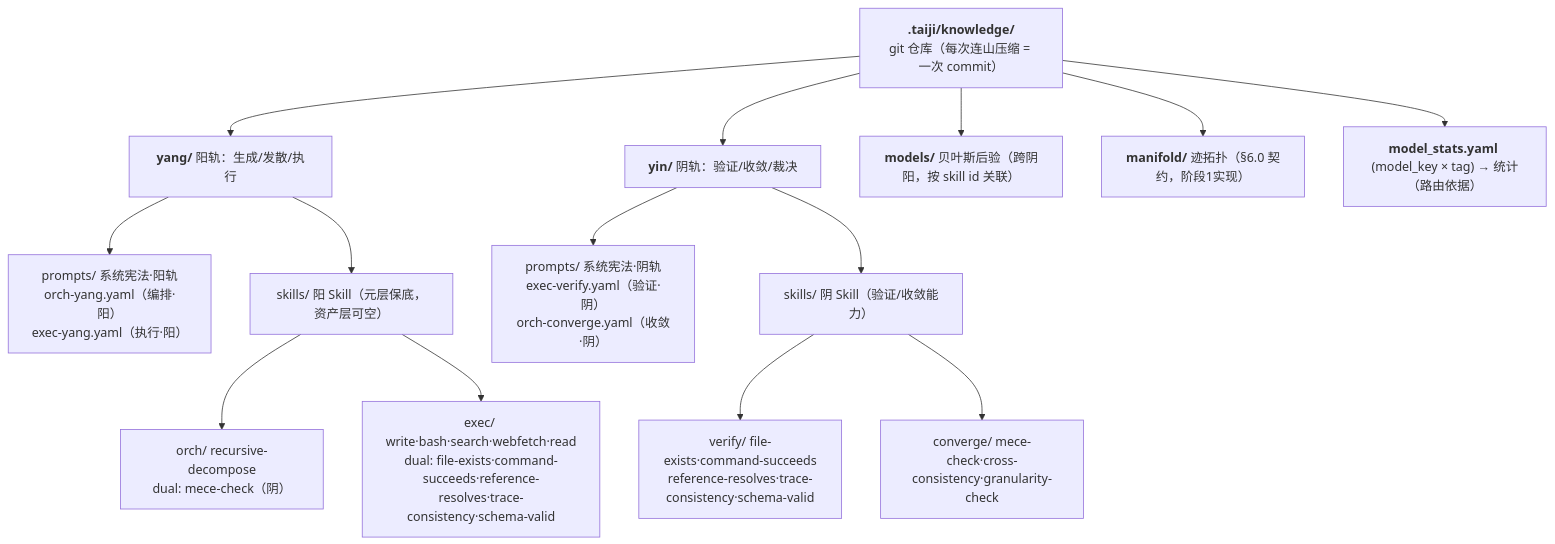
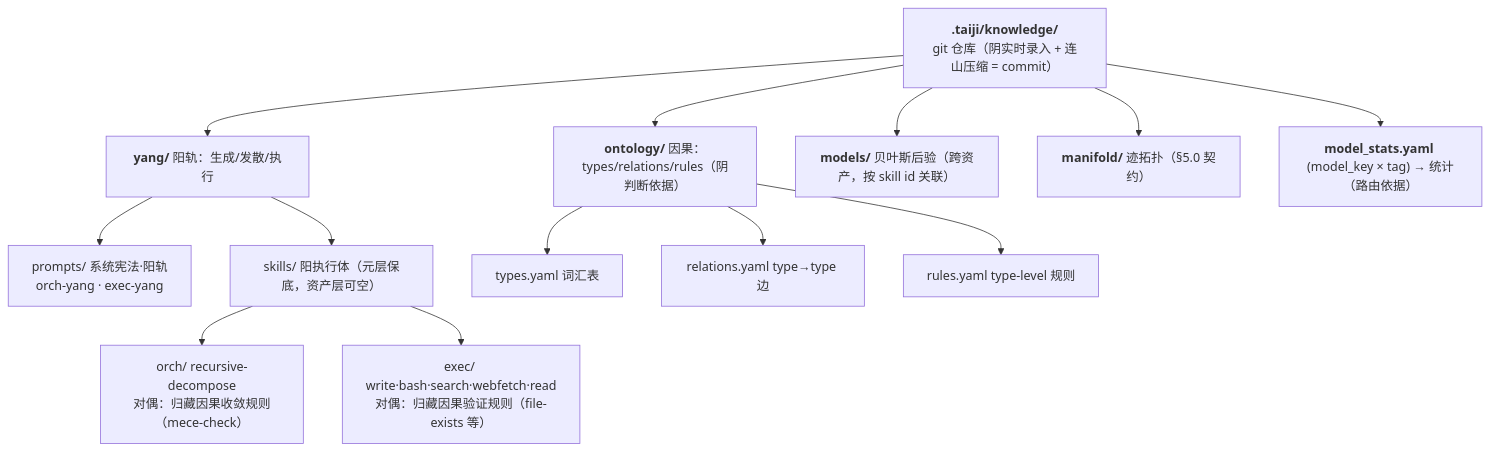
Before and after one commit to wenge6090-tech/taiji: diagram 18 of 18 in Blueprint.md, drawn with Mermaid. The commit also changed other lines of this file and 62 other files, not shown here.

````diff
--- a/Blueprint.md
+++ b/Blueprint.md
@@ -1773,17 +1015,16 @@
 ```mermaid
 flowchart TD
-    K["<b>.taiji/knowledge/</b><br/>git 仓库（每次连山压缩 = 一次 commit）"]
+    K["<b>.taiji/knowledge/</b><br/>git 仓库（阴实时录入 + 连山压缩 = commit）"]
     K --> YANG["<b>yang/</b> 阳轨：生成/发散/执行"]
-    K --> YIN["<b>yin/</b> 阴轨：验证/收敛/裁决"]
-    K --> MODELS["<b>models/</b> 贝叶斯后验（跨阴阳，按 skill id 关联）"]
-    K --> MANIFOLD["<b>manifold/</b> 迹拓扑（§6.0 契约，阶段1实现）"]
+    K --> ONT["<b>ontology/</b> 因果：types/relations/rules（阴判断依据）"]
+    K --> MODELS["<b>models/</b> 贝叶斯后验（跨资产，按 skill id 关联）"]
+    K --> MANIFOLD["<b>manifold/</b> 迹拓扑（§5.0 契约）"]
     K --> MS["<b>model_stats.yaml</b> (model_key × tag) → 统计（路由依据）"]
-    YANG --> YP["prompts/ 系统宪法·阳轨<br/>orch-yang.yaml（编排·阳）<br/>exec-yang.yaml（执行·阳）"]
-    YANG --> YS["skills/ 阳 Skill（元层保底，资产层可空）"]
-    YS --> ORCH["orch/ recursive-decompose<br/>dual: mece-check（阴）"]
-    YS --> EXEC["exec/ write·bash·search·webfetch·read<br/>dual: file-exists·command-succeeds·reference-resolves·trace-consistency·schema-valid"]
-    YIN --> NP["prompts/ 系统宪法·阴轨<br/>exec-verify.yaml（验证·阴）<br/>orch-converge.yaml（收敛·阴）"]
-    YIN --> NS["skills/ 阴 Skill（验证/收敛能力）"]
-    NS --> VERIFY["verify/ file-exists·command-succeeds<br/>reference-resolves·trace-consistency·schema-valid"]
-    NS --> CONVERGE["converge/ mece-check·cross-consistency·granularity-check"]
+    YANG --> YP["prompts/ 系统宪法·阳轨<br/>orch-yang · exec-yang"]
+    YANG --> YS["skills/ 阳执行体（元层保底，资产层可空）"]
+    YS --> ORCH["orch/ recursive-decompose<br/>对偶：归藏因果收敛规则（mece-check）"]
+    YS --> EXEC["exec/ write·bash·search·webfetch·read<br/>对偶：归藏因果验证规则（file-exists 等）"]
+    ONT --> TYPES["types.yaml 词汇表"]
+    ONT --> REL["relations.yaml type→type 边"]
+    ONT --> RUL["rules.yaml type-level 规则"]
 ```
````
